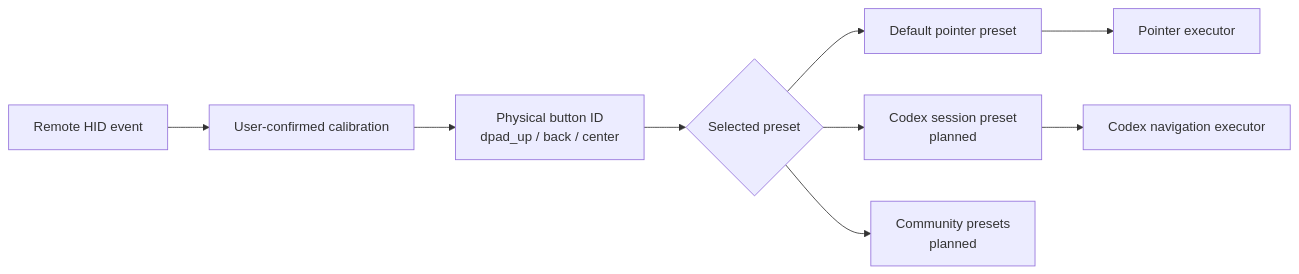
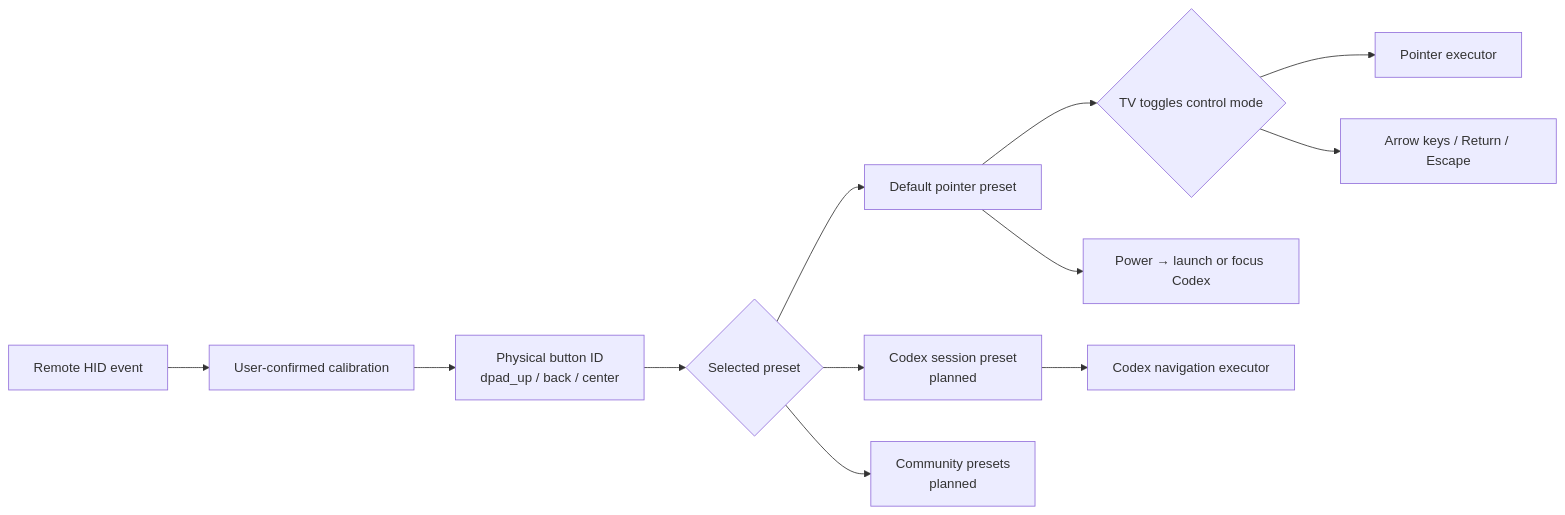
The diagram in docs/BUTTON_PRESETS_EN.md (fanxeon/mi-ao), drawn with Mermaid before and after one commit. The commit also changed other lines of this file and 22 other files, not shown here.

Commit message:
feat: add TV control modes and Codex power launch

````diff
--- a/docs/BUTTON_PRESETS_EN.md
+++ b/docs/BUTTON_PRESETS_EN.md
@@ -13,11 +13,14 @@
 ```mermaid
 flowchart LR
     A["Remote HID event"] --> B["User-confirmed calibration"]
     B --> C["Physical button ID<br/>dpad_up / back / center"]
     C --> D{"Selected preset"}
     D --> E["Default pointer preset"]
     D --> F["Codex session preset<br/>planned"]
     D --> G["Community presets<br/>planned"]
-    E --> H["Pointer executor"]
+    E --> H{"TV toggles control mode"}
+    H --> J["Pointer executor"]
+    H --> K["Arrow keys / Return / Escape"]
+    E --> L["Power → launch or focus Codex"]
     F --> I["Codex navigation executor"]
 ```
````
